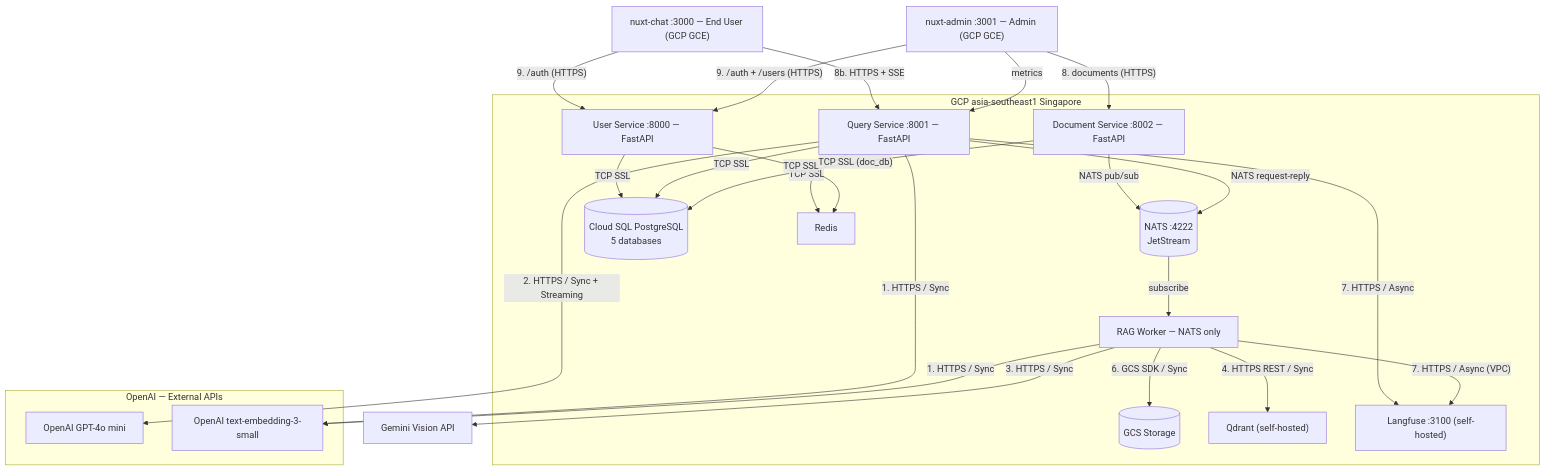
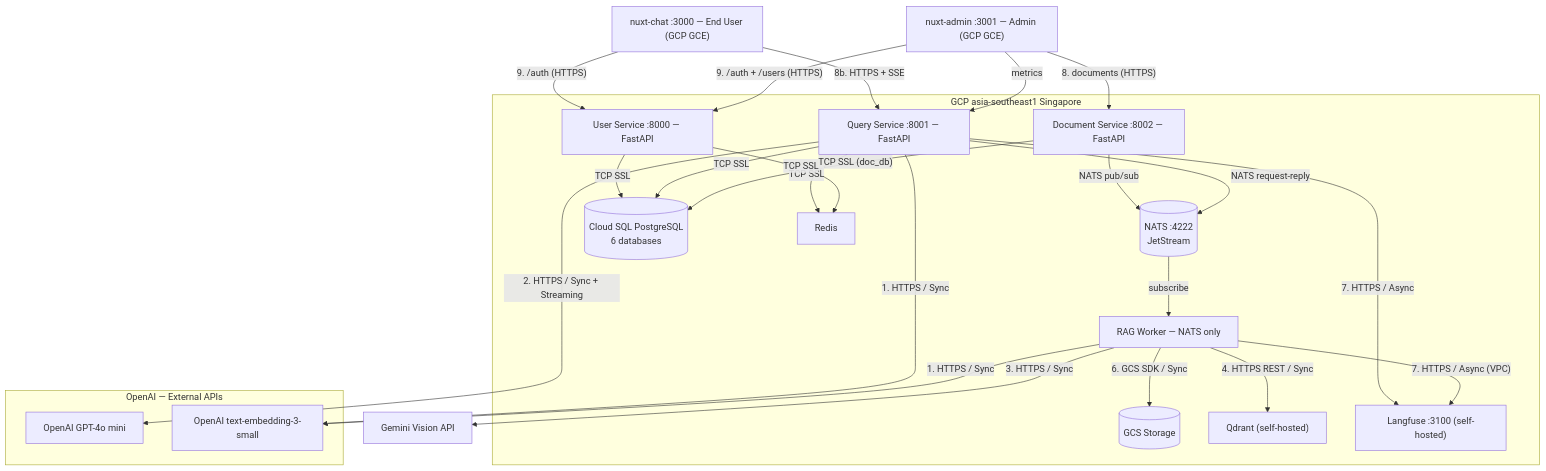
The fourth of 6 diagrams in docs/SA_RAG_Chatbot_Final.md (cds0987/DA08-VSF-AI), drawn with Mermaid before and after one commit. The commit also changed other lines of this file and 14 other files, not shown here.

Commit message:
docs: align architecture with hr service

````diff
--- a/docs/SA_RAG_Chatbot_Final.md
+++ b/docs/SA_RAG_Chatbot_Final.md
@@ -459,46 +468,46 @@
 ```mermaid
 flowchart TB
     CHAT["nuxt-chat :3000 — End User (GCP GCE)"]
     ADMIN["nuxt-admin :3001 — Admin (GCP GCE)"]
 
     subgraph GCP["GCP asia-southeast1 Singapore"]
         USVC["User Service :8000 — FastAPI"]
         INGEST["Document Service :8002 — FastAPI"]
         QUERY["Query Service :8001 — FastAPI"]
         RAG["RAG Worker — NATS only"]
         NATS_B[("NATS :4222\nJetStream")]
-        PG[("Cloud SQL PostgreSQL\n5 databases")]
+        PG[("Cloud SQL PostgreSQL\n6 databases")]
         GCS[("GCS Storage")]
         QDRANT["Qdrant (self-hosted)"]
         LF["Langfuse :3100 (self-hosted)"]
         REDIS["Redis"]
     end
 
     subgraph OPENAI_EXT["OpenAI — External APIs"]
         AOAI["OpenAI GPT-4o mini"]
         EMB_API["OpenAI text-embedding-3-small"]
     end
     GEMINI_EXT["Gemini Vision API"]
 
     CHAT -- "9. /auth (HTTPS)" --> USVC
     ADMIN -- "9. /auth + /users (HTTPS)" --> USVC
     CHAT -- "8b. HTTPS + SSE" --> QUERY
     ADMIN -- "8. documents (HTTPS)" --> INGEST
     ADMIN -- "metrics" --> QUERY
     USVC -- "TCP SSL" --> PG
     QUERY -- "TCP SSL" --> PG
     INGEST -- "TCP SSL (doc_db)" --> PG
     QUERY -- "2. HTTPS / Sync + Streaming" --> AOAI
     QUERY -- "1. HTTPS / Sync" --> EMB_API
     RAG -- "1. HTTPS / Sync" --> EMB_API
     RAG -- "3. HTTPS / Sync" --> GEMINI_EXT
     RAG -- "4. HTTPS REST / Sync" --> QDRANT
     RAG -- "6. GCS SDK / Sync" --> GCS
     QUERY -- "7. HTTPS / Async" --> LF
     RAG -- "7. HTTPS / Async (VPC)" --> LF
     INGEST -- "NATS pub/sub" --> NATS_B
     QUERY -- "NATS request-reply" --> NATS_B
     NATS_B -- "subscribe" --> RAG
     QUERY -- "TCP SSL" --> REDIS
     USVC -- "TCP SSL" --> REDIS
 ```
````
